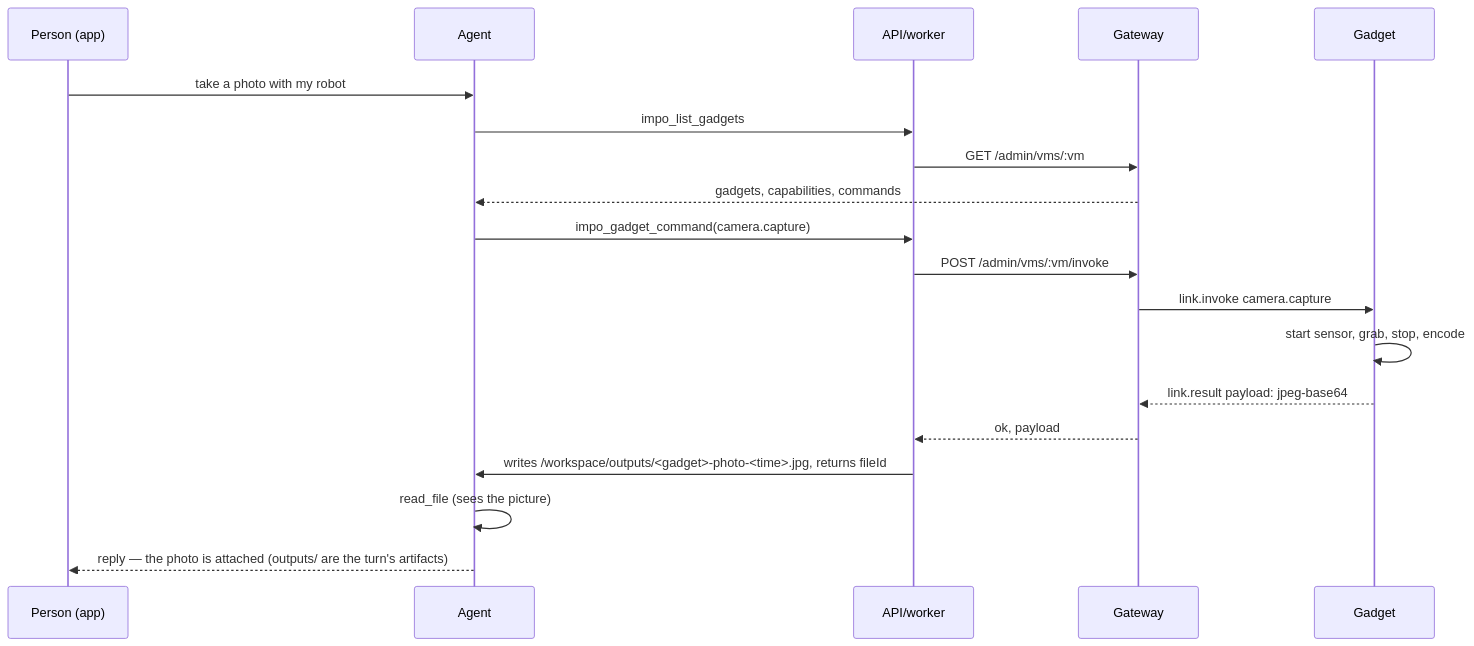
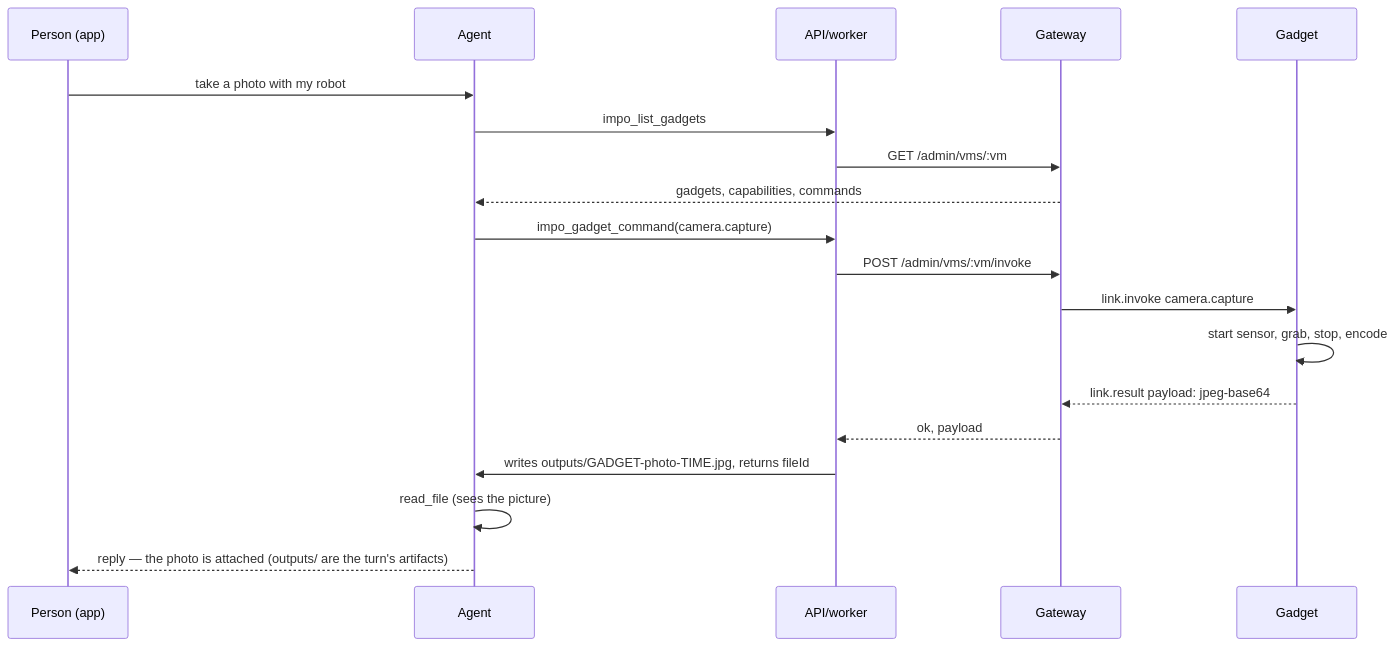
Before and after one commit to impoai/impo-gadget-sdk: the first of 3 diagrams in ARCHITECTURE.md, drawn with Mermaid.

Commit message:
ARCHITECTURE.md: no angle brackets in the diagram

````diff
--- a/ARCHITECTURE.md
+++ b/ARCHITECTURE.md
@@ -99,21 +99,21 @@
 ```mermaid
 sequenceDiagram
     participant P as Person (app)
     participant A as Agent
     participant W as API/worker
     participant G as Gateway
     participant D as Gadget
     P->>A: take a photo with my robot
     A->>W: impo_list_gadgets
     W->>G: GET /admin/vms/:vm
     G-->>A: gadgets, capabilities, commands
     A->>W: impo_gadget_command(camera.capture)
     W->>G: POST /admin/vms/:vm/invoke
     G->>D: link.invoke camera.capture
     D->>D: start sensor, grab, stop, encode
     D-->>G: link.result payload: jpeg-base64
     G-->>W: ok, payload
-    W->>A: writes /workspace/outputs/<gadget>-photo-<time>.jpg, returns fileId
+    W->>A: writes outputs/GADGET-photo-TIME.jpg, returns fileId
     A->>A: read_file (sees the picture)
     A-->>P: reply — the photo is attached (outputs/ are the turn's artifacts)
 ```
````
